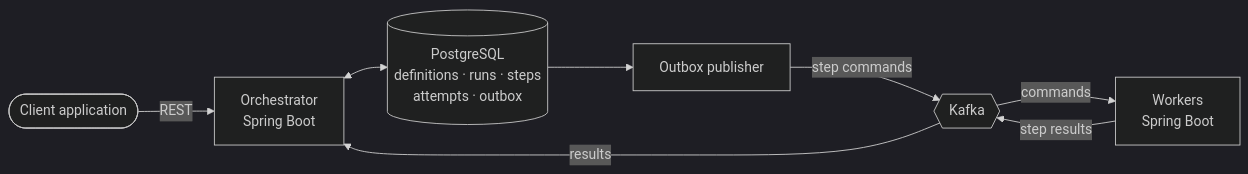
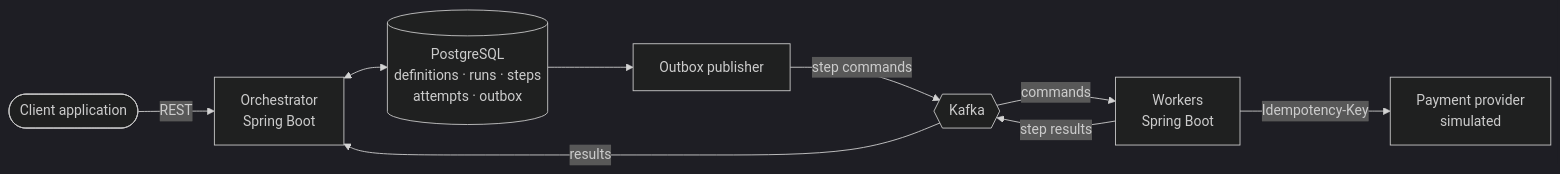
The first of 2 diagrams in README.md (LouayChayeb/flowforge), drawn with Mermaid (dark theme) before and after one commit. The commit also changed other lines of this file and 5 other files, not shown here.

````diff
--- a/README.md
+++ b/README.md
@@ -37,10 +37,11 @@
 ```mermaid
 flowchart LR
     client([Client application]) -- REST --> api[Orchestrator<br/>Spring Boot]
     api <--> db[(PostgreSQL<br/>definitions · runs · steps<br/>attempts · outbox)]
+    workers -- Idempotency-Key --> psp[Payment provider<br/>simulated]
     db --> outbox[Outbox publisher]
     outbox -- step commands --> kafka{{Kafka}}
     kafka -- commands --> workers[Workers<br/>Spring Boot]
     workers -- step results --> kafka
     kafka -- results --> api
 ```
````
